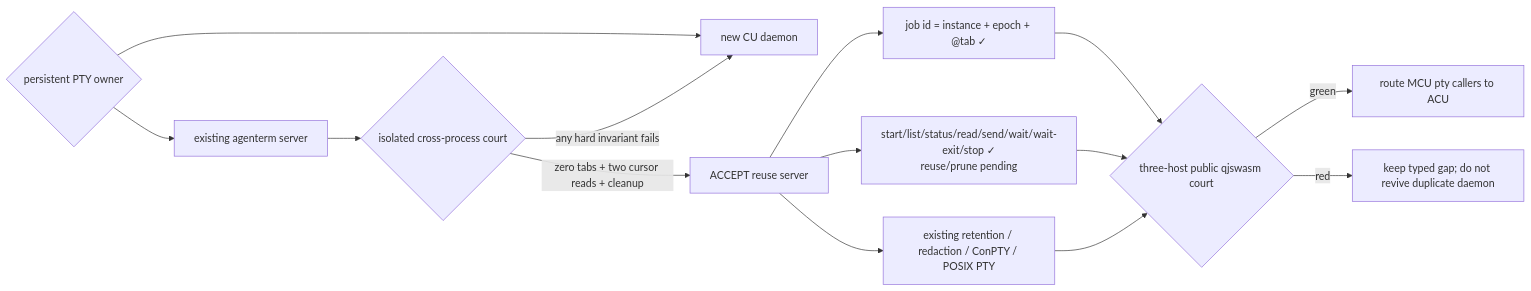
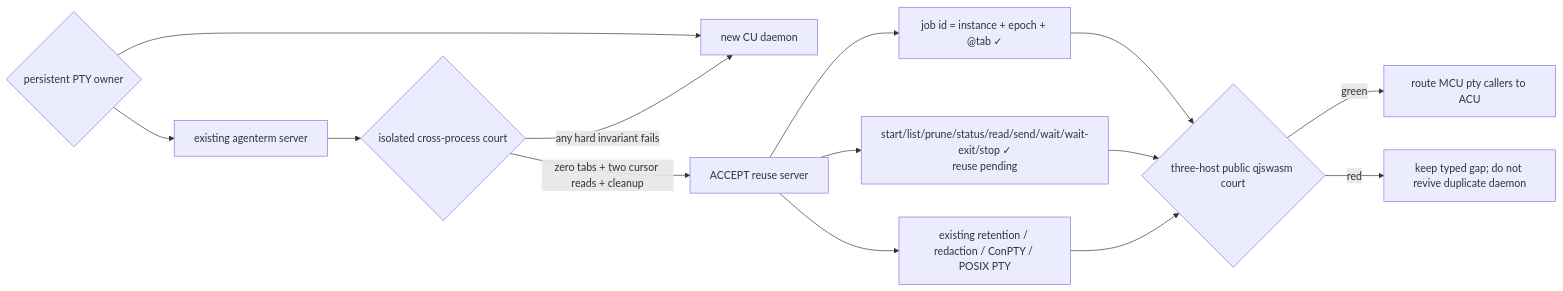
The diagram in plan/experiment-headless-pty-owner.md (partnernetsoftware/agenterm), drawn with Mermaid before and after one commit. The commit also changed other lines of this file and 17 other files, not shown here.

````diff
--- a/plan/experiment-headless-pty-owner.md
+++ b/plan/experiment-headless-pty-owner.md
@@ -99,17 +99,17 @@
 ```mermaid
 flowchart LR
   Q{"persistent PTY owner"}
   Q --> A["existing agenterm server"]
   Q --> B["new CU daemon"]
   A --> C{"isolated cross-process court"}
   C -->|"zero tabs + two cursor reads + cleanup"| D["ACCEPT reuse server"]
   C -->|"any hard invariant fails"| B
   D --> I["job id = instance + epoch + @tab ✓"]
-  D --> S["start/list/status/read/send/wait/wait-exit/stop ✓<br/>reuse/prune pending"]
+  D --> S["start/list/prune/status/read/send/wait/wait-exit/stop ✓<br/>reuse pending"]
   D --> R["existing retention / redaction / ConPTY / POSIX PTY"]
   I --> G{"three-host public qjswasm court"}
   S --> G
   R --> G
   G -->|green| M["route MCU pty callers to ACU"]
   G -->|red| K["keep typed gap; do not revive duplicate daemon"]
 ```
````
